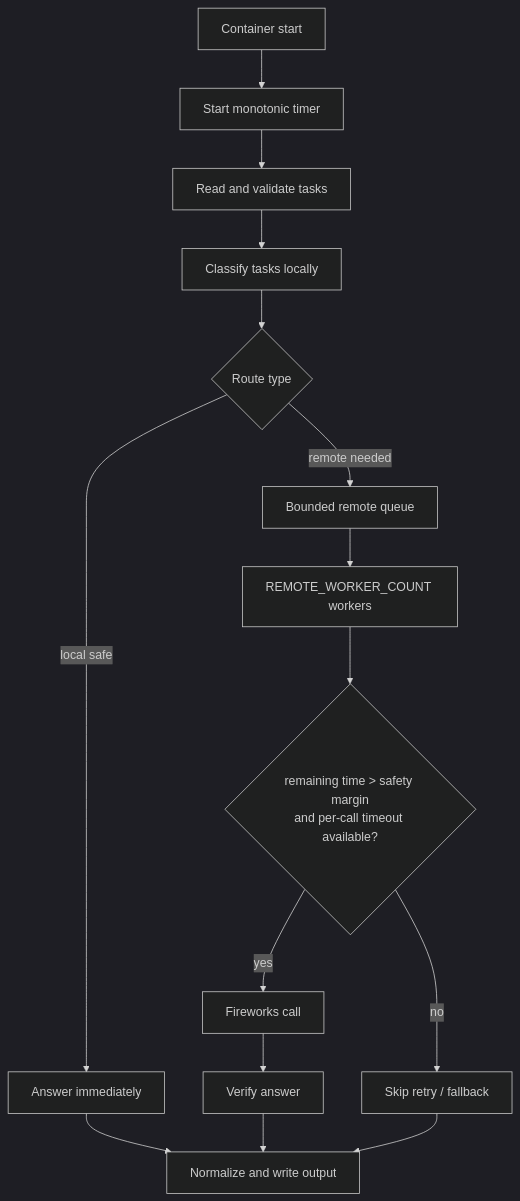
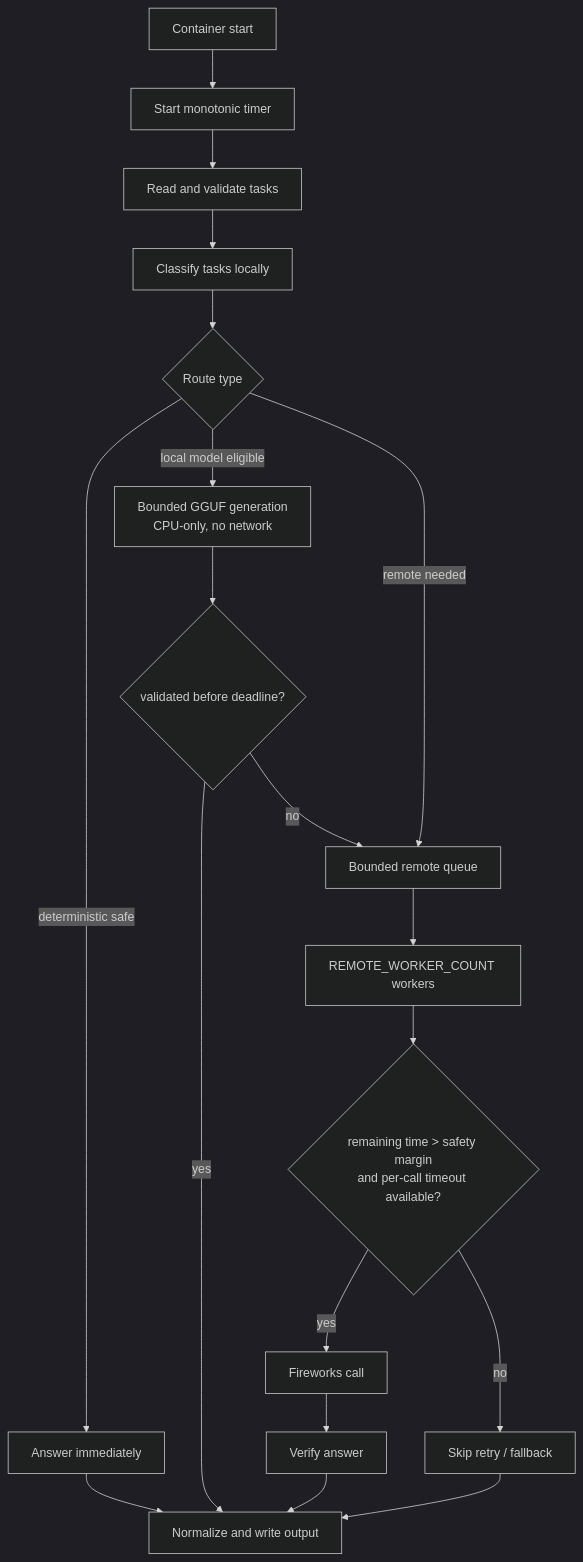
One commit to antoinemawad/juggernaut-router changed the fourth of 5 diagrams in docs/planned-architecture-diagram.md. Above: the diagram before and after it, drawn with Mermaid (dark theme). The commit also changed other lines of this file, not shown here.

Commit message:
Update architecture diagram for local model routing

````diff
--- a/docs/planned-architecture-diagram.md
+++ b/docs/planned-architecture-diagram.md
@@ -132,17 +157,21 @@
 ```mermaid
 flowchart TD
     START[Container start] --> TIMER[Start monotonic timer]
     TIMER --> READ[Read and validate tasks]
     READ --> CLASSIFY[Classify tasks locally]
     CLASSIFY --> SPLIT{Route type}
-    SPLIT -->|local safe| LOCAL[Answer immediately]
+    SPLIT -->|deterministic safe| LOCAL[Answer immediately]
+    SPLIT -->|local model eligible| GGUF[Bounded GGUF generation<br/>CPU-only, no network]
     SPLIT -->|remote needed| QUEUE[Bounded remote queue]
+    GGUF --> GVAL{validated before deadline?}
+    GVAL -->|yes| WRITE
+    GVAL -->|no| QUEUE
     QUEUE --> WORKERS[REMOTE_WORKER_COUNT workers]
     WORKERS --> BUDGET{remaining time > safety margin<br/>and per-call timeout available?}
     BUDGET -->|yes| REMOTE[Fireworks call]
     BUDGET -->|no| SKIP[Skip retry / fallback]
     REMOTE --> VERIFY[Verify answer]
     VERIFY --> WRITE[Normalize and write output]
     LOCAL --> WRITE
     SKIP --> WRITE
 ```
````
